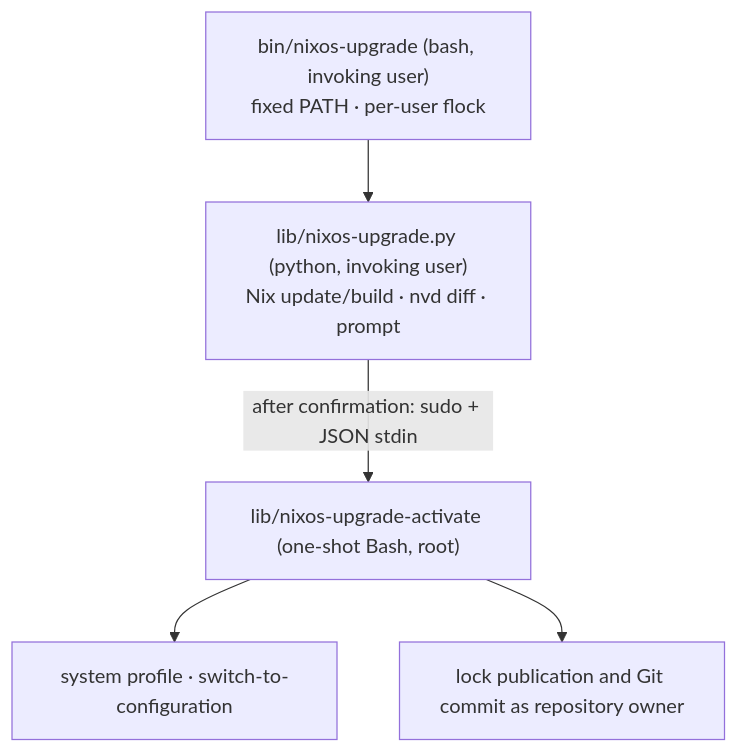
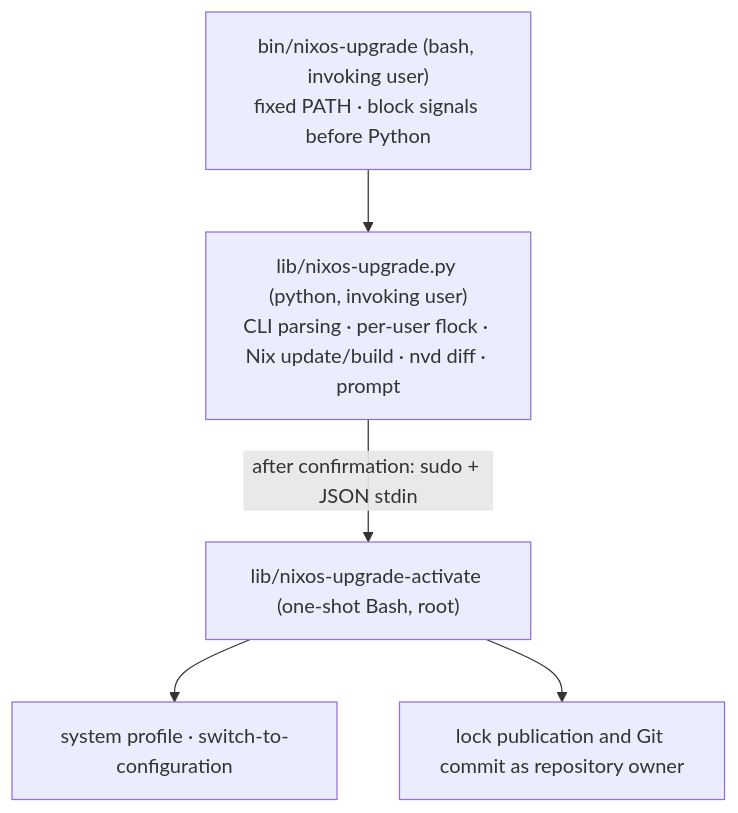
Before and after one commit to otov4its/nixos-upgrade: the diagram in REVIEW.md, drawn with Mermaid. The commit also changed other lines of this file and 9 other files, not shown here.

Commit message:
Move CLI startup handling into Python

````diff
--- a/REVIEW.md
+++ b/REVIEW.md
@@ -22,7 +22,7 @@
 ```mermaid
 flowchart TD
-    L["bin/nixos-upgrade (bash, invoking user)<br/>fixed PATH · per-user flock"] --> P["lib/nixos-upgrade.py (python, invoking user)<br/>Nix update/build · nvd diff · prompt"]
+    L["bin/nixos-upgrade (bash, invoking user)<br/>fixed PATH · block signals before Python"] --> P["lib/nixos-upgrade.py (python, invoking user)<br/>CLI parsing · per-user flock · Nix update/build · nvd diff · prompt"]
     P -->|"after confirmation: sudo + JSON stdin"| H["lib/nixos-upgrade-activate (one-shot Bash, root)"]
     H --> S["system profile · switch-to-configuration"]
     H --> R["lock publication and Git commit as repository owner"]
 ```
````
